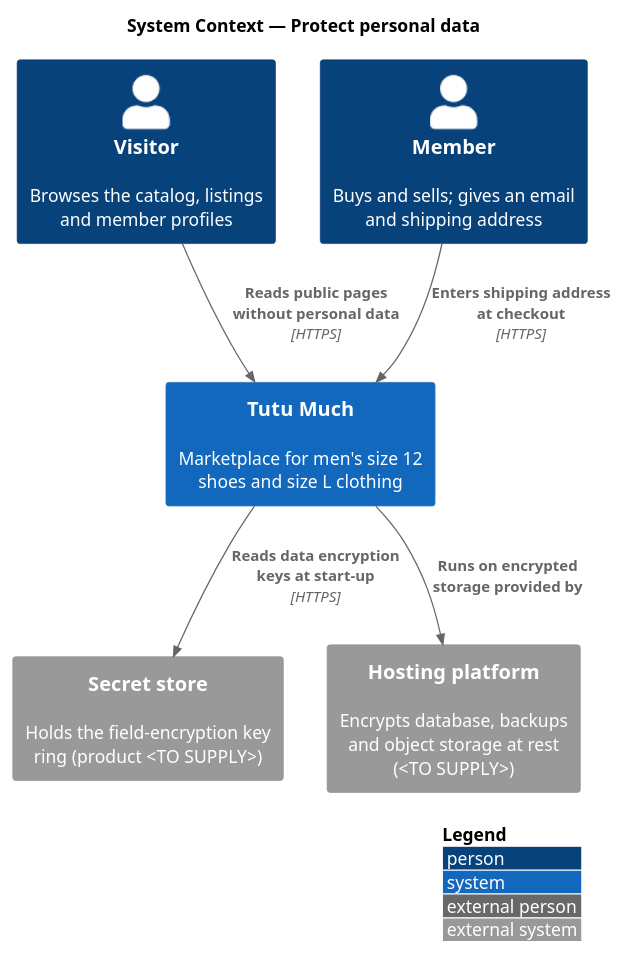
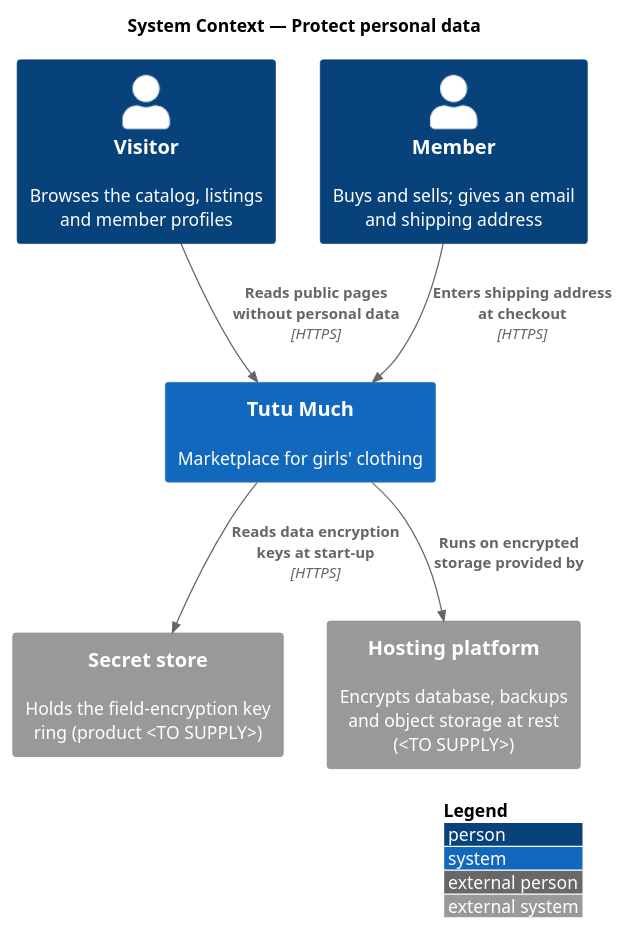
Before and after one commit to QuinntyneBrown/tutumuch: the diagram in docs/detailed-designs/privacy/protect-personal-data/diagrams/c4-context.puml, drawn with PlantUML. The commit also changed 191 other files, not shown here.

First line of the commit message:
Make Tutu Much a marketplace for girls' clothing

```diff
--- a/docs/detailed-designs/privacy/protect-personal-data/diagrams/c4-context.puml
+++ b/docs/detailed-designs/privacy/protect-personal-data/diagrams/c4-context.puml
@@ -1,16 +1,16 @@
 @startuml
 !include <C4/C4_Context>
 LAYOUT_WITH_LEGEND()
 title System Context — Protect personal data
 
 Person(visitor, "Visitor", "Browses the catalog, listings and member profiles")
 Person(member, "Member", "Buys and sells; gives an email and shipping address")
-System(tutumuch, "Tutu Much", "Marketplace for men's size 12 shoes and size L clothing")
+System(tutumuch, "Tutu Much", "Marketplace for girls' clothing")
 System_Ext(secrets, "Secret store", "Holds the field-encryption key ring (product <TO SUPPLY>)")
 System_Ext(hosting, "Hosting platform", "Encrypts database, backups and object storage at rest (<TO SUPPLY>)")
 
 Rel(visitor, tutumuch, "Reads public pages without personal data", "HTTPS")
 Rel(member, tutumuch, "Enters shipping address at checkout", "HTTPS")
 Rel(tutumuch, secrets, "Reads data encryption keys at start-up", "HTTPS")
 Rel(tutumuch, hosting, "Runs on encrypted storage provided by")
 @enduml
```
